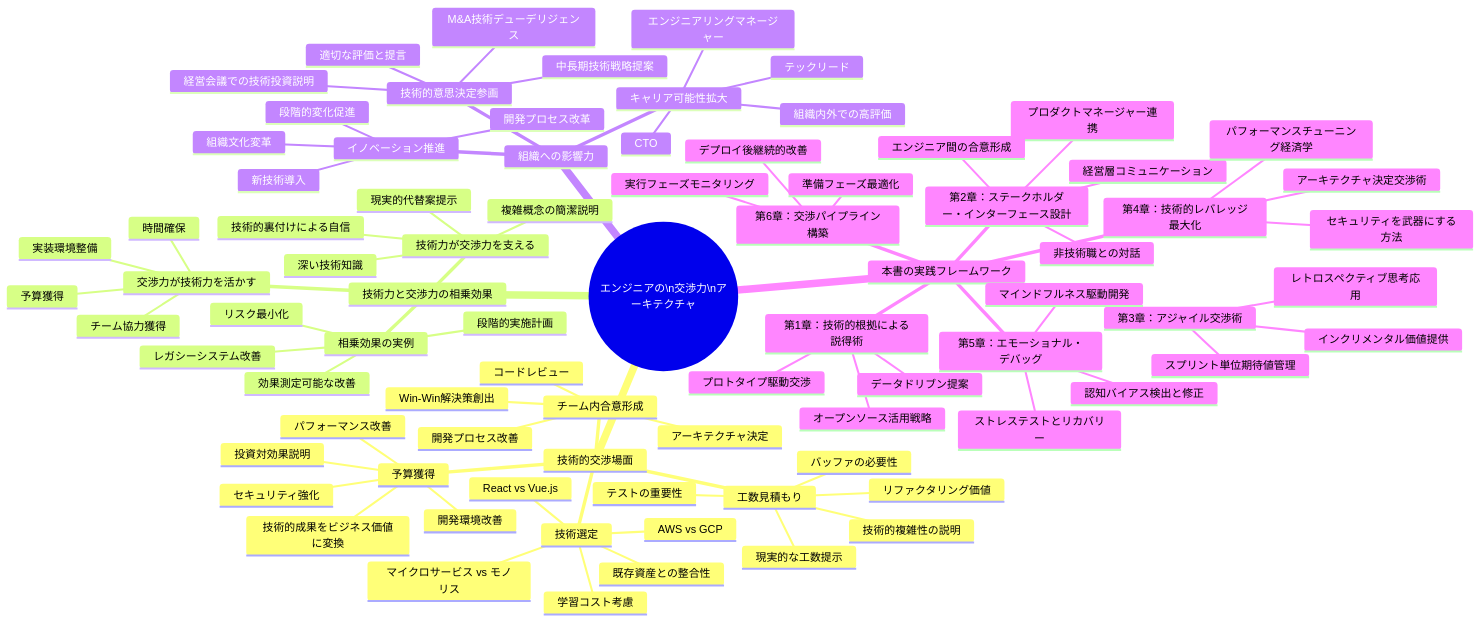
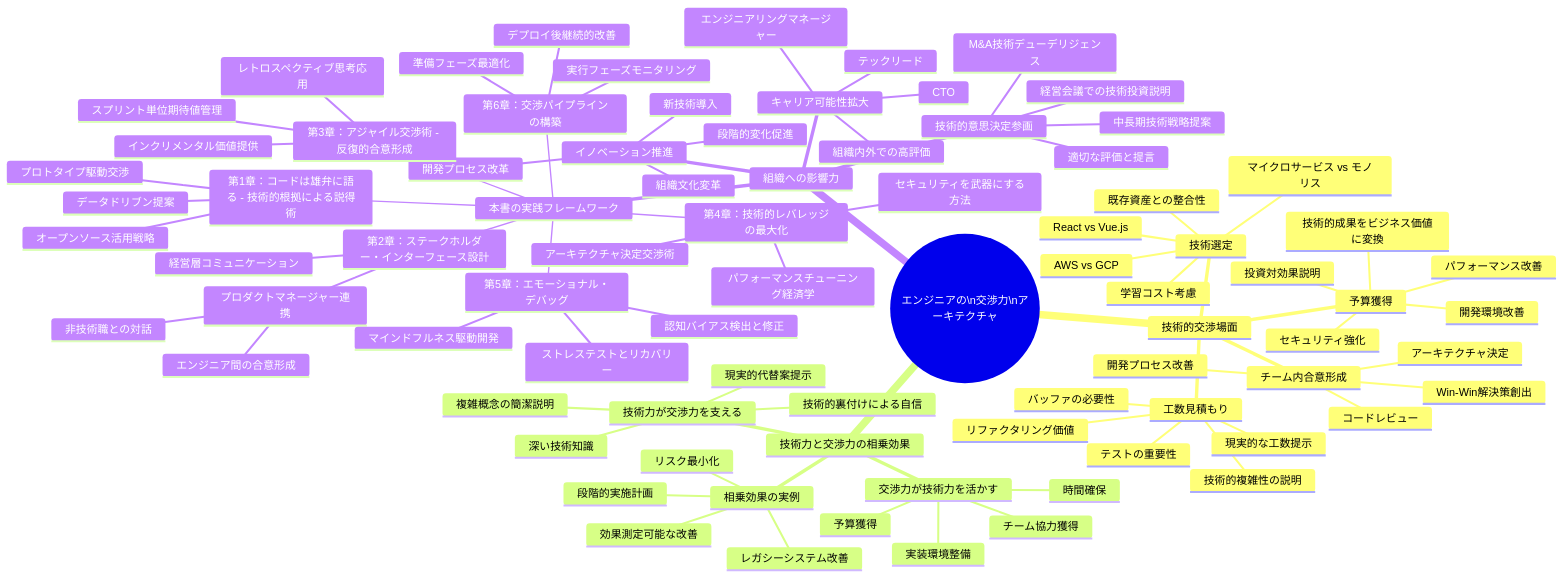
Before and after one commit to itdojp/negotiation-for-engineers-book: the first of 2 diagrams in docs/src/introduction/index.md, drawn with Mermaid. The commit also changed 5 other files, not shown here.

````diff
--- a/docs/src/introduction/index.md
+++ b/docs/src/introduction/index.md
@@ -157,30 +157,30 @@
         エンジニアリングマネージャー
         CTO
         組織内外での高評価
-    本書の実践フレームワーク
-      第1章：技術的根拠による説得術
-        プロトタイプ駆動交渉
-        データドリブン提案
-        オープンソース活用戦略
-      第2章：ステークホルダー・インターフェース設計
+	    本書の実践フレームワーク
+	      第1章：コードは雄弁に語る - 技術的根拠による説得術
+	        プロトタイプ駆動交渉
+	        データドリブン提案
+	        オープンソース活用戦略
+	      第2章：ステークホルダー・インターフェース設計
         経営層コミュニケーション
         プロダクトマネージャー連携
-        エンジニア間の合意形成
-        非技術職との対話
-      第3章：アジャイル交渉術
-        インクリメンタル価値提供
-        スプリント単位期待値管理
-        レトロスペクティブ思考応用
-      第4章：技術的レバレッジ最大化
-        アーキテクチャ決定交渉術
-        セキュリティを武器にする方法
-        パフォーマンスチューニング経済学
-      第5章：エモーショナル・デバッグ
-        認知バイアス検出と修正
-        ストレステストとリカバリー
-        マインドフルネス駆動開発
-      第6章：交渉パイプライン構築
-        準備フェーズ最適化
-        実行フェーズモニタリング
-        デプロイ後継続的改善
+	        エンジニア間の合意形成
+	        非技術職との対話
+	      第3章：アジャイル交渉術 - 反復的合意形成
+	        インクリメンタル価値提供
+	        スプリント単位期待値管理
+	        レトロスペクティブ思考応用
+	      第4章：技術的レバレッジの最大化
+	        アーキテクチャ決定交渉術
+	        セキュリティを武器にする方法
+	        パフォーマンスチューニング経済学
+	      第5章：エモーショナル・デバッグ
+	        認知バイアス検出と修正
+	        ストレステストとリカバリー
+	        マインドフルネス駆動開発
+	      第6章：交渉パイプラインの構築
+	        準備フェーズ最適化
+	        実行フェーズモニタリング
+	        デプロイ後継続的改善
 ```
````
